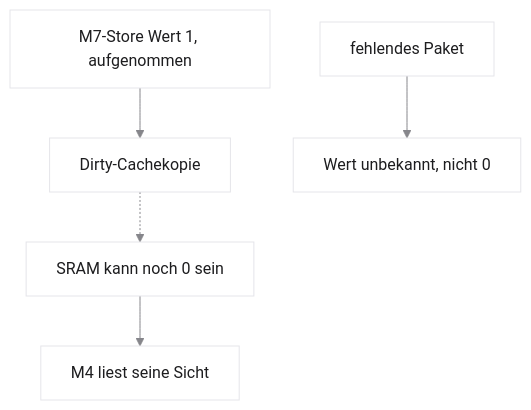
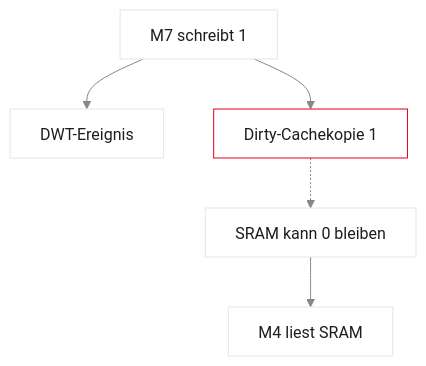
One commit to dantschi/echtzeitsysteme changed the third of 6 diagrams in vorlesungen/07_tracing-timing-analyse.qmd. Above: the diagram before and after it, drawn with Mermaid. The commit also changed other lines of this file and 5 other files, not shown here.

````diff
--- a/vorlesungen/07_tracing-timing-analyse.qmd
+++ b/vorlesungen/07_tracing-timing-analyse.qmd
@@ -362,9 +558,10 @@
 ```{mermaid}
-%%| fig-width: 8.2
-%%{init: {'theme': 'base', 'themeVariables': {'background': '#FFFFFF', 'primaryColor': '#FFFFFF', 'primaryBorderColor': '#E5E5EA', 'primaryTextColor': '#1D1D1F', 'lineColor': '#86868B'}}}%%
-flowchart TB
-  ST["M7-Store Wert 1, aufgenommen"] --> C["Dirty-Cachekopie"]
-  C -.-> S["SRAM kann noch 0 sein"]
-  S --> M4["M4 liest seine Sicht"]
-  MISS["fehlendes Paket"] --> U["Wert unbekannt, nicht 0"]
+%%| fig-width: 5.4
+%%{init: {'theme': 'base', 'htmlLabels': false, 'flowchart': {'htmlLabels': false}, 'themeVariables': {'background': '#FFFFFF', 'primaryColor': '#FFFFFF', 'primaryBorderColor': '#E5E5EA', 'primaryTextColor': '#1D1D1F', 'lineColor': '#86868B'}}}%%
+flowchart TD
+  M7[M7 schreibt 1] --> DWT[DWT-Ereignis]
+  M7 --> C[Dirty-Cachekopie 1]
+  C -.-> S[SRAM kann 0 bleiben]
+  S --> M4[M4 liest SRAM]
+  style C fill:#FFFFFF,stroke:#E2001A,stroke-width:2px !important
 ```
````
